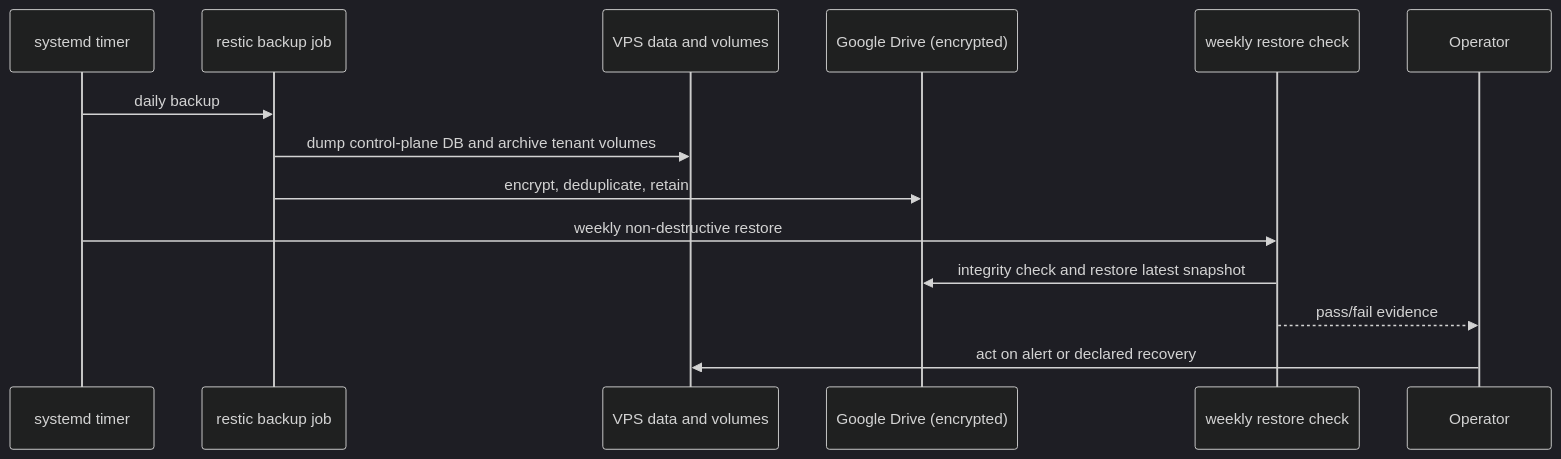
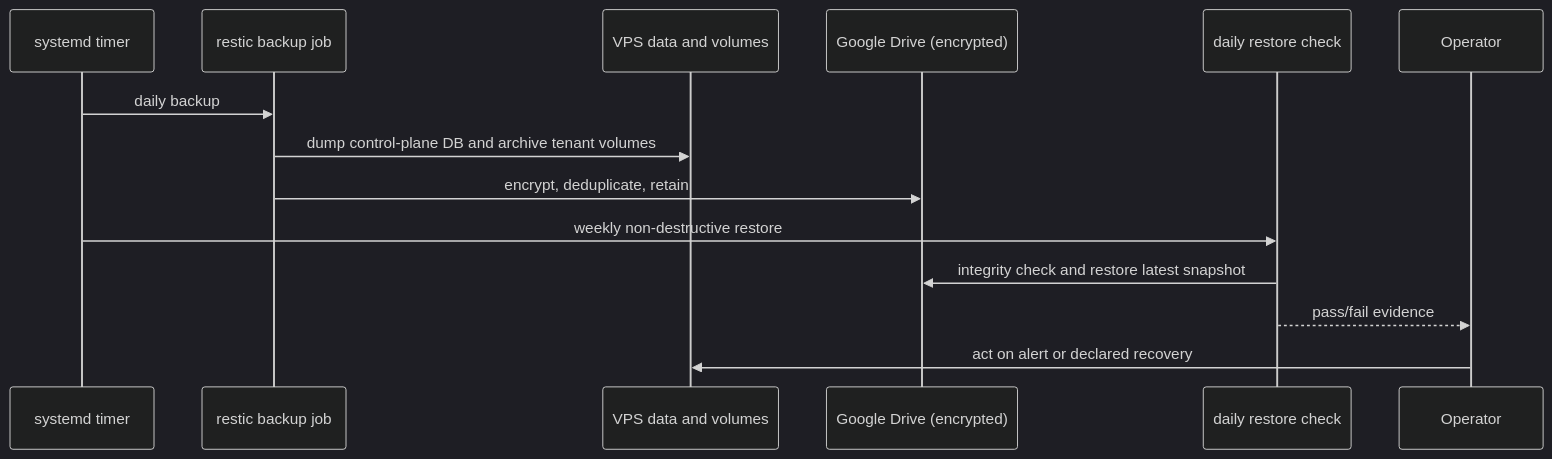
One commit to Emjaay20/AetherHost changed the third of 3 diagrams in docs/architecture/RELIABILITY_PLATFORM.md. Above: the diagram before and after it, drawn with Mermaid (dark theme). The commit also changed other lines of this file and 23 other files, not shown here.

````diff
--- a/docs/architecture/RELIABILITY_PLATFORM.md
+++ b/docs/architecture/RELIABILITY_PLATFORM.md
@@ -62,17 +62,17 @@
 ```mermaid
 sequenceDiagram
     participant Timer as systemd timer
     participant Backup as restic backup job
     participant VPS as VPS data and volumes
     participant Drive as Google Drive (encrypted)
-    participant Drill as weekly restore check
+    participant Drill as daily restore check
     participant Operator as Operator
 
     Timer->>Backup: daily backup
     Backup->>VPS: dump control-plane DB and archive tenant volumes
     Backup->>Drive: encrypt, deduplicate, retain
     Timer->>Drill: weekly non-destructive restore
     Drill->>Drive: integrity check and restore latest snapshot
     Drill-->>Operator: pass/fail evidence
     Operator->>VPS: act on alert or declared recovery
 ```
````
